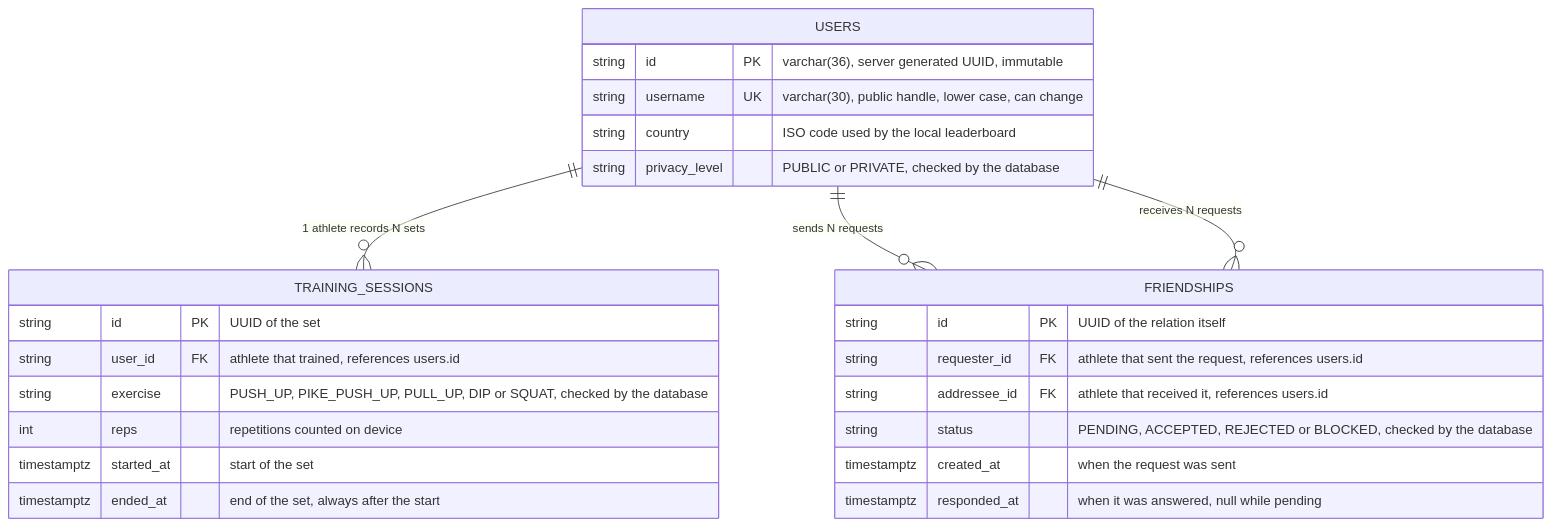
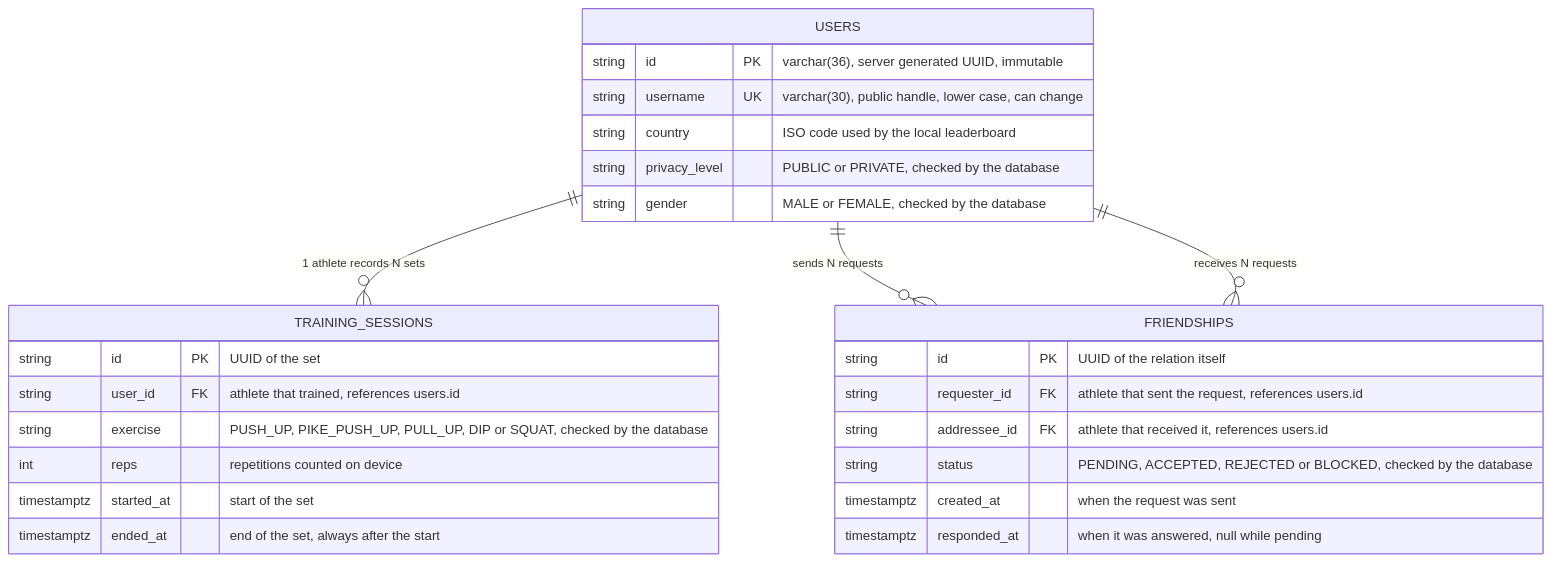
The diagram in README.md (yeikobu/tatakae-api), drawn with Mermaid before and after one commit. The commit also changed other lines of this file and 30 other files, not shown here.

````diff
--- a/README.md
+++ b/README.md
@@ -90,31 +91,32 @@
 ```mermaid
 erDiagram
     USERS ||--o{ TRAINING_SESSIONS : "1 athlete records N sets"
     USERS ||--o{ FRIENDSHIPS : "sends N requests"
     USERS ||--o{ FRIENDSHIPS : "receives N requests"
 
     USERS {
         string id PK "varchar(36), server generated UUID, immutable"
         string username UK "varchar(30), public handle, lower case, can change"
         string country "ISO code used by the local leaderboard"
         string privacy_level "PUBLIC or PRIVATE, checked by the database"
+        string gender "MALE or FEMALE, checked by the database"
     }
 
     FRIENDSHIPS {
         string id PK "UUID of the relation itself"
         string requester_id FK "athlete that sent the request, references users.id"
         string addressee_id FK "athlete that received it, references users.id"
         string status "PENDING, ACCEPTED, REJECTED or BLOCKED, checked by the database"
         timestamptz created_at "when the request was sent"
         timestamptz responded_at "when it was answered, null while pending"
     }
 
     TRAINING_SESSIONS {
         string id PK "UUID of the set"
         string user_id FK "athlete that trained, references users.id"
         string exercise "PUSH_UP, PIKE_PUSH_UP, PULL_UP, DIP or SQUAT, checked by the database"
         int reps "repetitions counted on device"
         timestamptz started_at "start of the set"
         timestamptz ended_at "end of the set, always after the start"
     }
 ```
````
